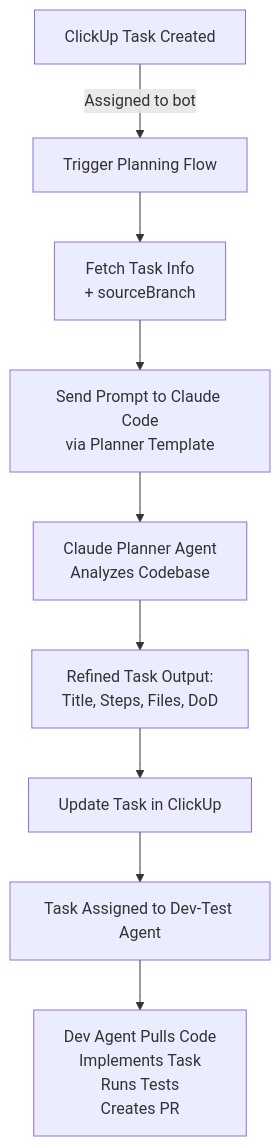
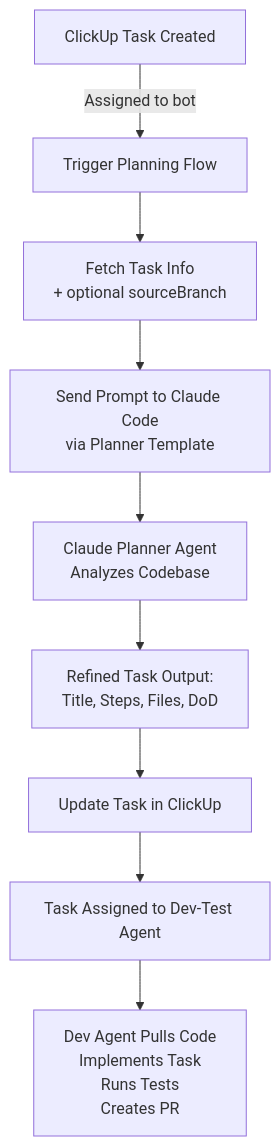
One commit to slaguardia/omnidev changed the diagram in docs/N8N_WORKFLOWS.md. Above: the diagram before and after it, drawn with Mermaid. The commit also changed other lines of this file and 104 other files, not shown here.

````diff
--- a/docs/N8N_WORKFLOWS.md
+++ b/docs/N8N_WORKFLOWS.md
@@ -15,11 +17,11 @@
 ```mermaid
 graph TD
     A[ClickUp Task Created] -->|Assigned to bot| B[Trigger Planning Flow]
-    B --> C[Fetch Task Info<br/>+ sourceBranch]
+    B --> C[Fetch Task Info<br/>+ optional sourceBranch]
     C --> D[Send Prompt to Claude Code<br/>via Planner Template]
     D --> E[Claude Planner Agent<br/>Analyzes Codebase]
     E --> F[Refined Task Output:<br/>Title, Steps, Files, DoD]
     F --> G[Update Task in ClickUp]
     G --> H[Task Assigned to Dev-Test Agent]
     H --> I[Dev Agent Pulls Code<br/>Implements Task<br/>Runs Tests<br/>Creates PR]
 ```
````
